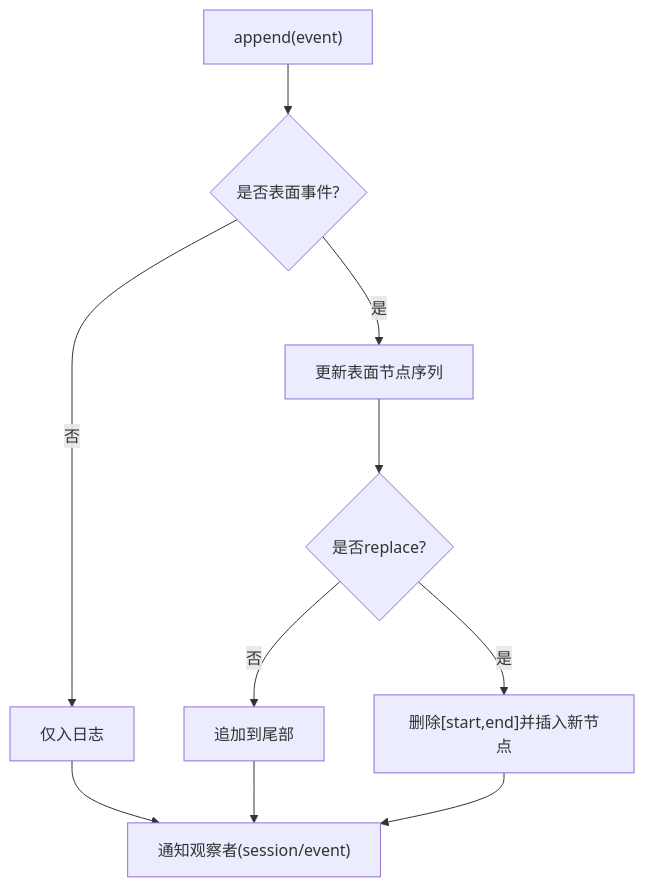
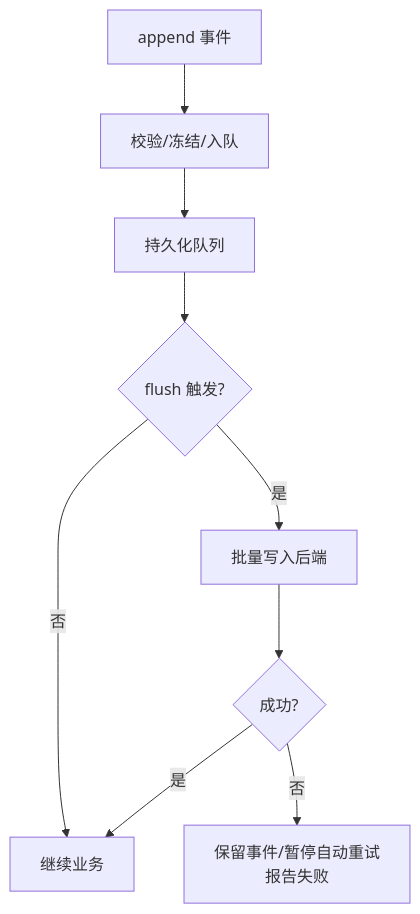
The fifth of 8 diagrams in .qoder/repowiki/zh/content/核心概念/会话管理.md (gongzili456/deepseek-harness), drawn with Mermaid before and after one commit. The commit also changed other lines of this file and 1001 other files, not shown here.

````diff
--- a/.qoder/repowiki/zh/content/核心概念/会话管理.md
+++ b/.qoder/repowiki/zh/content/核心概念/会话管理.md
@@ -154,12 +209,11 @@
 ```mermaid
 flowchart TD
-A["append(event)"] --> B{"是否表面事件?"}
-B -- 否 --> C["仅入日志"]
-B -- 是 --> D["更新表面节点序列"]
-D --> E{"是否replace?"}
-E -- 是 --> F["删除[start,end]并插入新节点"]
-E -- 否 --> G["追加到尾部"]
-C --> H["通知观察者(session/event)"]
-G --> H
-F --> H
+A["append 事件"] --> V["校验/冻结/入队"]
+V --> P["持久化队列"]
+P --> Q{"flush 触发?"}
+Q -- 否 --> R["继续业务"]
+Q -- 是 --> W["批量写入后端"]
+W --> X{"成功?"}
+X -- 是 --> R
+X -- 否 --> E["保留事件/暂停自动重试<br/>报告失败"]
 ```
````
